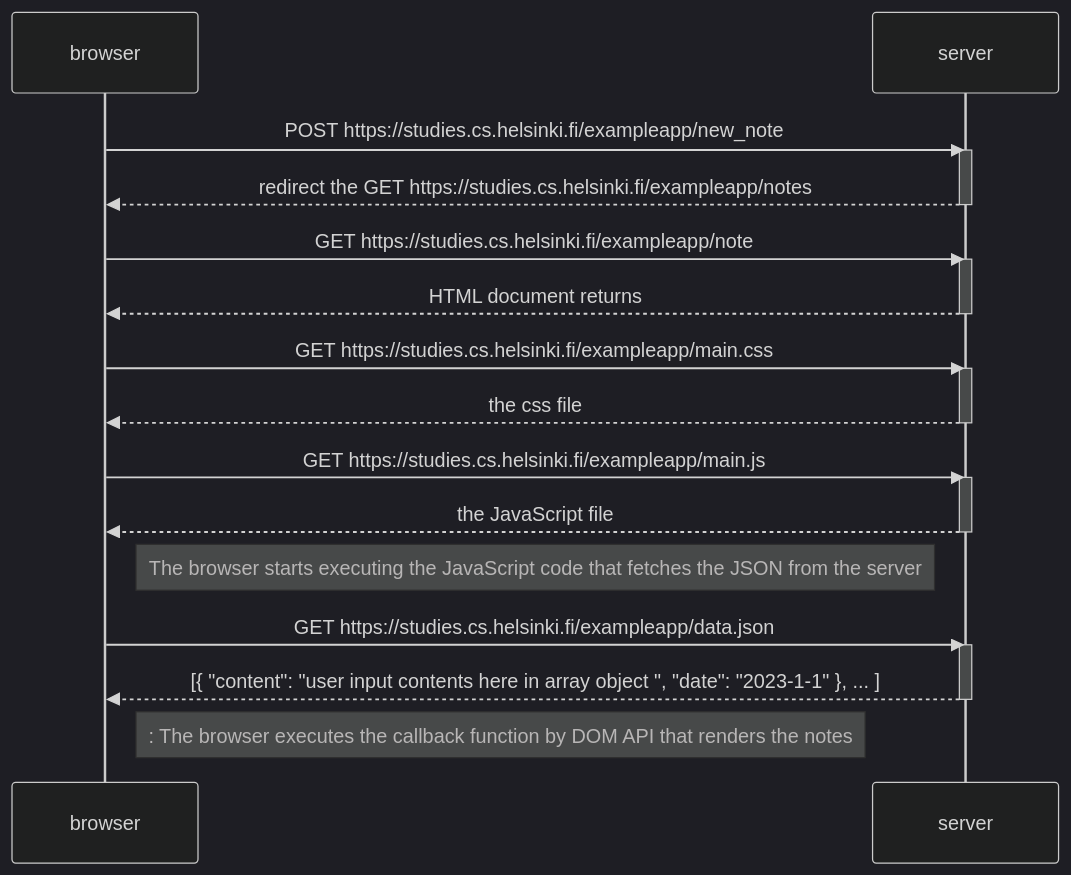
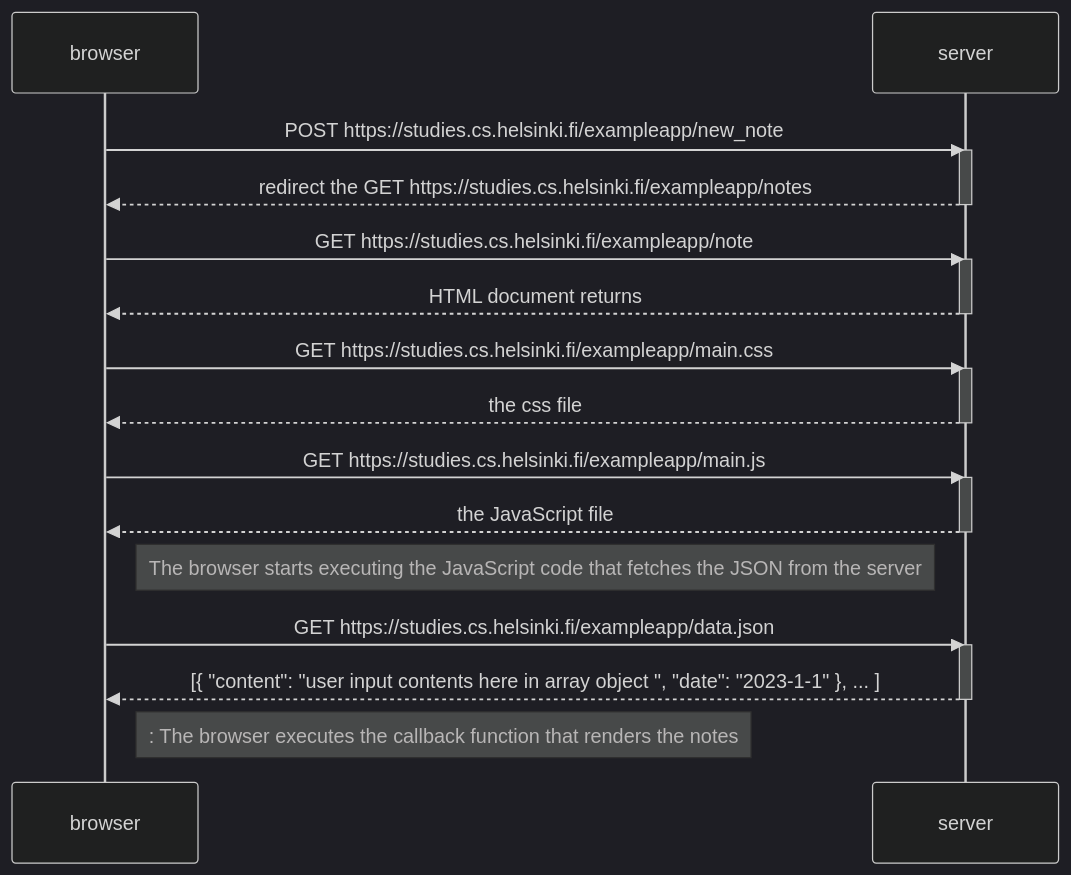
The diagram in part_0/04_new_note.MD (Monsursaleh/fullstackopen), drawn with Mermaid (dark theme) before and after one commit. The commit also changed other lines of this file, not shown here.

Commit message:
add features in mermain file

````diff
--- a/part_0/04_new_note.MD
+++ b/part_0/04_new_note.MD
@@ -3,34 +3,34 @@
 ```mermaid
 sequenceDiagram
     participant browser
     participant server
-    
+
     browser->>server: POST https://studies.cs.helsinki.fi/exampleapp/new_note
     activate server
     server-->>browser:  redirect the GET https://studies.cs.helsinki.fi/exampleapp/notes
     deactivate server
-    
+
     browser->>server: GET https://studies.cs.helsinki.fi/exampleapp/note
     activate server
     server-->>browser: HTML document returns
     deactivate server
-    
+
     browser->>server: GET https://studies.cs.helsinki.fi/exampleapp/main.css
     activate server
-    server-->>browser: the css file 
+    server-->>browser: the css file
     deactivate server
-    
+
     browser->>server: GET https://studies.cs.helsinki.fi/exampleapp/main.js
     activate server
     server-->>browser: the JavaScript file
     deactivate server
-    
+
     Note right of browser: The browser starts executing the JavaScript code that fetches the JSON from the server
-    
+
     browser->>server: GET https://studies.cs.helsinki.fi/exampleapp/data.json
     activate server
     server-->>browser: [{ "content": "user input contents here in array object ", "date": "2023-1-1" }, ... ]
     deactivate server
 
-    Note right of browser: : The browser executes the callback function by DOM API  that renders the notes
+    Note right of browser: : The browser executes the callback function that renders the notes
 ```
````
